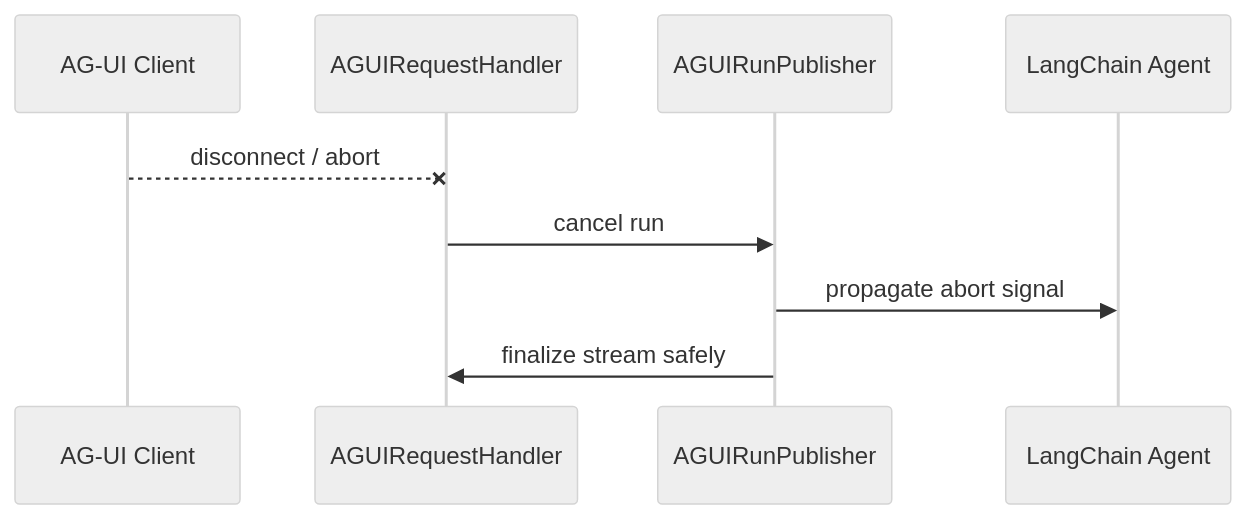
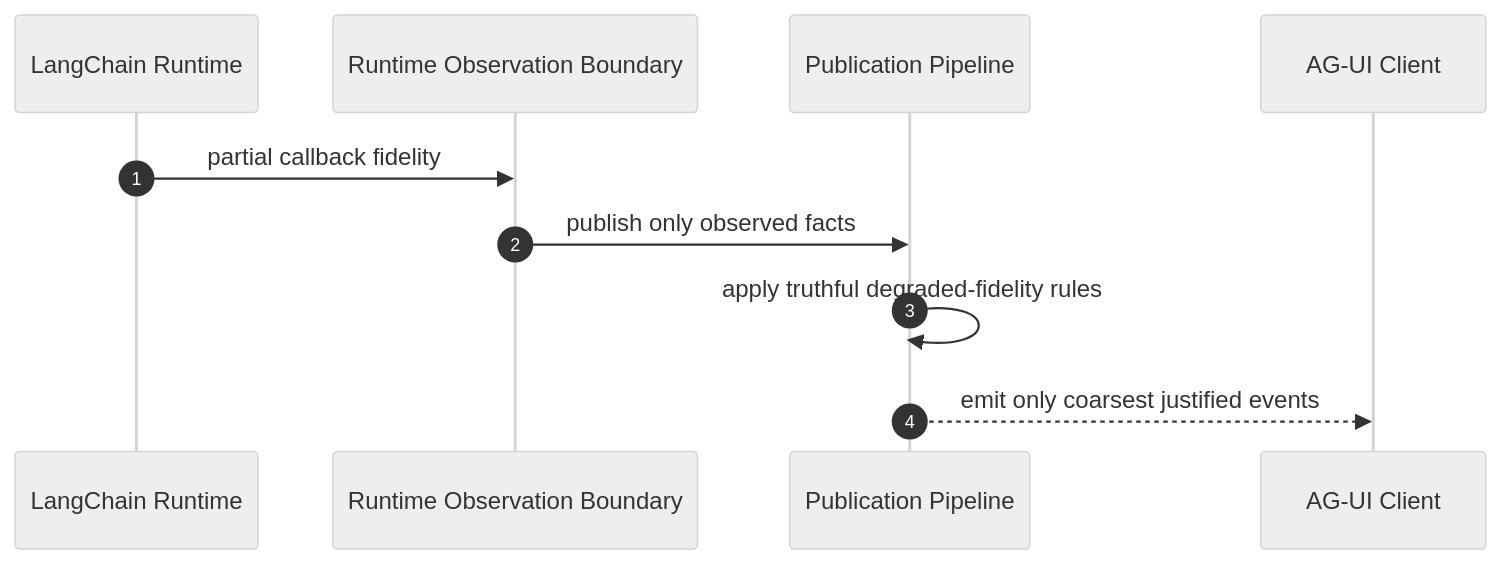
Before and after one commit to SkrOYC/langchain-middlewares-callbacks-ts: the fifth of 5 diagrams in packages/ag-ui-middleware-callbacks/docs/Architecture.md, drawn with Mermaid (neutral theme). The commit also changed other lines of this file and 3 other files, not shown here.

Commit message:
docs: reframe planning docs around adapter-first architecture

````diff
--- a/packages/ag-ui-middleware-callbacks/docs/Architecture.md
+++ b/packages/ag-ui-middleware-callbacks/docs/Architecture.md
@@ -245,12 +200,13 @@
 ```mermaid
 sequenceDiagram
-  participant Client as AG-UI Client
-  participant Handler as AGUIRequestHandler
-  participant Publisher as AGUIRunPublisher
-  participant Agent as LangChain Agent
+    autonumber
+    participant Runtime as LangChain Runtime
+    participant Observe as Runtime Observation Boundary
+    participant Publisher as Publication Pipeline
+    participant Client as AG-UI Client
 
-  Client--xHandler: disconnect / abort
-  Handler->>Publisher: cancel run
-  Publisher->>Agent: propagate abort signal
-  Publisher->>Handler: finalize stream safely
+    Runtime->>Observe: partial callback fidelity
+    Observe->>Publisher: publish only observed facts
+    Publisher->>Publisher: apply truthful degraded-fidelity rules
+    Publisher-->>Client: emit only coarsest justified events
 ```
````
